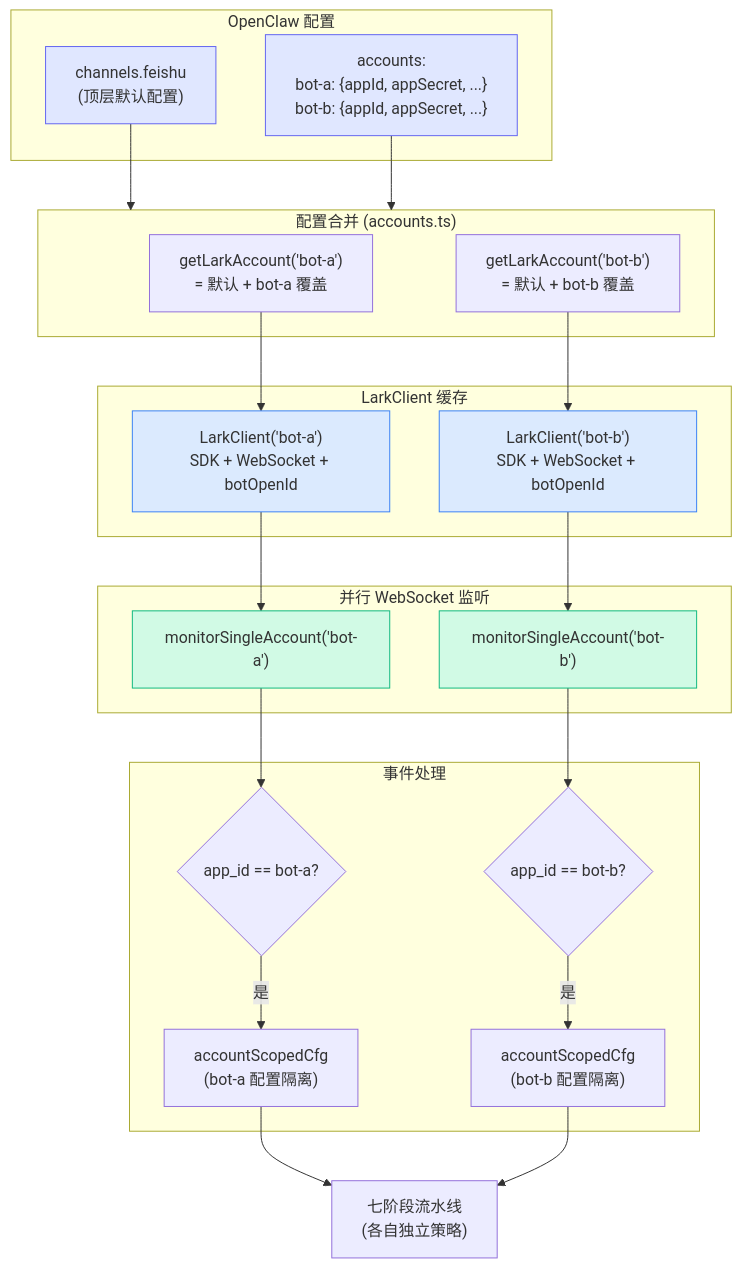
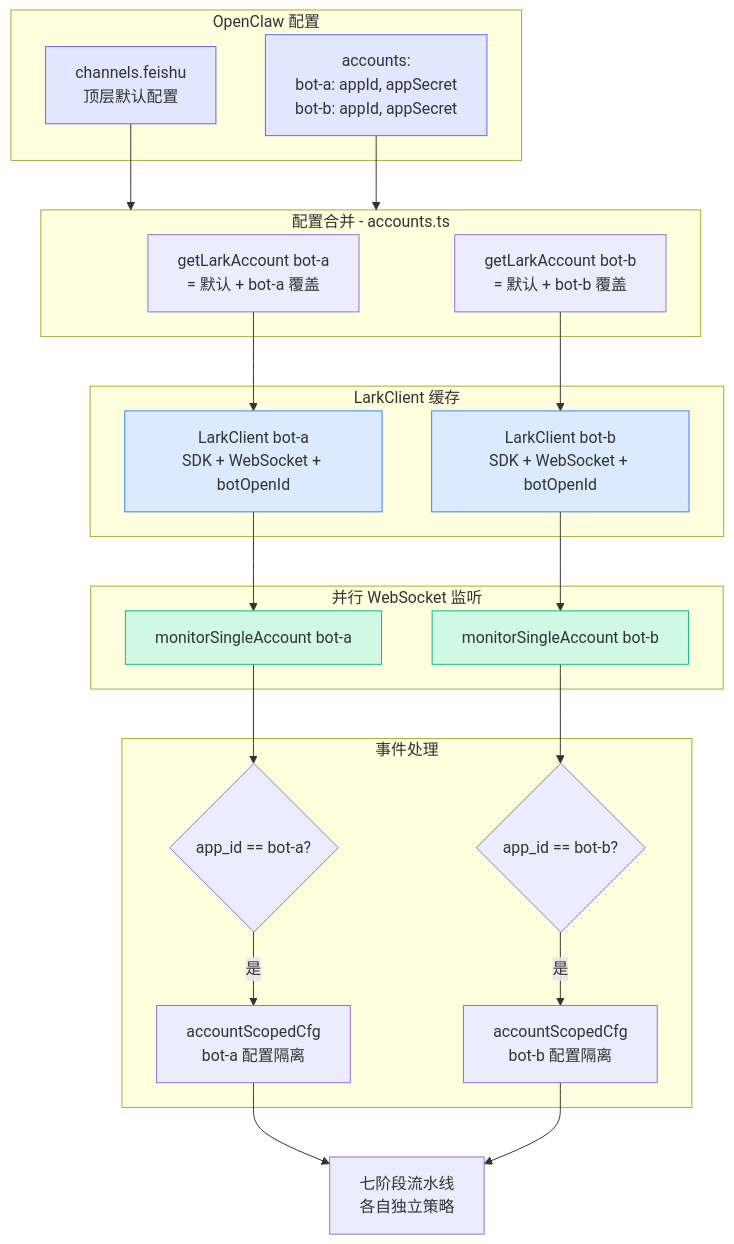
The ninth of 10 diagrams in docs/arch.md (seansun32/openclaw-lark), drawn with Mermaid before and after one commit. The commit also changed other lines of this file, not shown here.

First line of the commit message:
fix: remove parentheses from Mermaid node labels to fix GitHub rendering

````diff
--- a/docs/arch.md
+++ b/docs/arch.md
@@ -644,55 +634,55 @@
 ```mermaid
 flowchart TB
     subgraph Config["OpenClaw 配置"]
-        GlobalCfg["channels.feishu<br/>(顶层默认配置)"]
-        AcctMap["accounts:<br/>  bot-a: {appId, appSecret, ...}<br/>  bot-b: {appId, appSecret, ...}"]
+        GlobalCfg["channels.feishu<br/>顶层默认配置"]
+        AcctMap["accounts:<br/>  bot-a: appId, appSecret<br/>  bot-b: appId, appSecret"]
     end
 
     GlobalCfg --> Merge
     AcctMap --> Merge
 
-    subgraph Merge["配置合并 (accounts.ts)"]
-        MergeA["getLarkAccount('bot-a')<br/>= 默认 + bot-a 覆盖"]
-        MergeB["getLarkAccount('bot-b')<br/>= 默认 + bot-b 覆盖"]
+    subgraph Merge["配置合并 - accounts.ts"]
+        MergeA["getLarkAccount bot-a<br/>= 默认 + bot-a 覆盖"]
+        MergeB["getLarkAccount bot-b<br/>= 默认 + bot-b 覆盖"]
     end
 
     subgraph Clients["LarkClient 缓存"]
-        ClientA["LarkClient('bot-a')<br/>SDK + WebSocket + botOpenId"]
-        ClientB["LarkClient('bot-b')<br/>SDK + WebSocket + botOpenId"]
+        ClientA["LarkClient bot-a<br/>SDK + WebSocket + botOpenId"]
+        ClientB["LarkClient bot-b<br/>SDK + WebSocket + botOpenId"]
     end
 
     MergeA --> ClientA
     MergeB --> ClientB
 
     subgraph Monitor["并行 WebSocket 监听"]
-        MonA["monitorSingleAccount('bot-a')"]
-        MonB["monitorSingleAccount('bot-b')"]
+        MonA["monitorSingleAccount bot-a"]
+        MonB["monitorSingleAccount bot-b"]
     end
 
     ClientA --> MonA
     ClientB --> MonB
 
     subgraph EventProcess["事件处理"]
-        OwnerA{app_id == bot-a?}
-        OwnerB{app_id == bot-b?}
+        OwnerA{"app_id == bot-a?"}
+        OwnerB{"app_id == bot-b?"}
 
-        ScopeA["accountScopedCfg<br/>(bot-a 配置隔离)"]
-        ScopeB["accountScopedCfg<br/>(bot-b 配置隔离)"]
+        ScopeA["accountScopedCfg<br/>bot-a 配置隔离"]
+        ScopeB["accountScopedCfg<br/>bot-b 配置隔离"]
     end
 
     MonA --> OwnerA
     MonB --> OwnerB
     OwnerA -->|是| ScopeA
     OwnerB -->|是| ScopeB
 
-    ScopeA --> Pipeline["七阶段流水线<br/>(各自独立策略)"]
+    ScopeA --> Pipeline["七阶段流水线<br/>各自独立策略"]
     ScopeB --> Pipeline
 
     classDef config fill:#e0e7ff,stroke:#6366f1
     classDef client fill:#dbeafe,stroke:#3b82f6
     classDef monitor fill:#d1fae5,stroke:#10b981
 
     class GlobalCfg,AcctMap config
     class ClientA,ClientB client
     class MonA,MonB monitor
 ```
````
